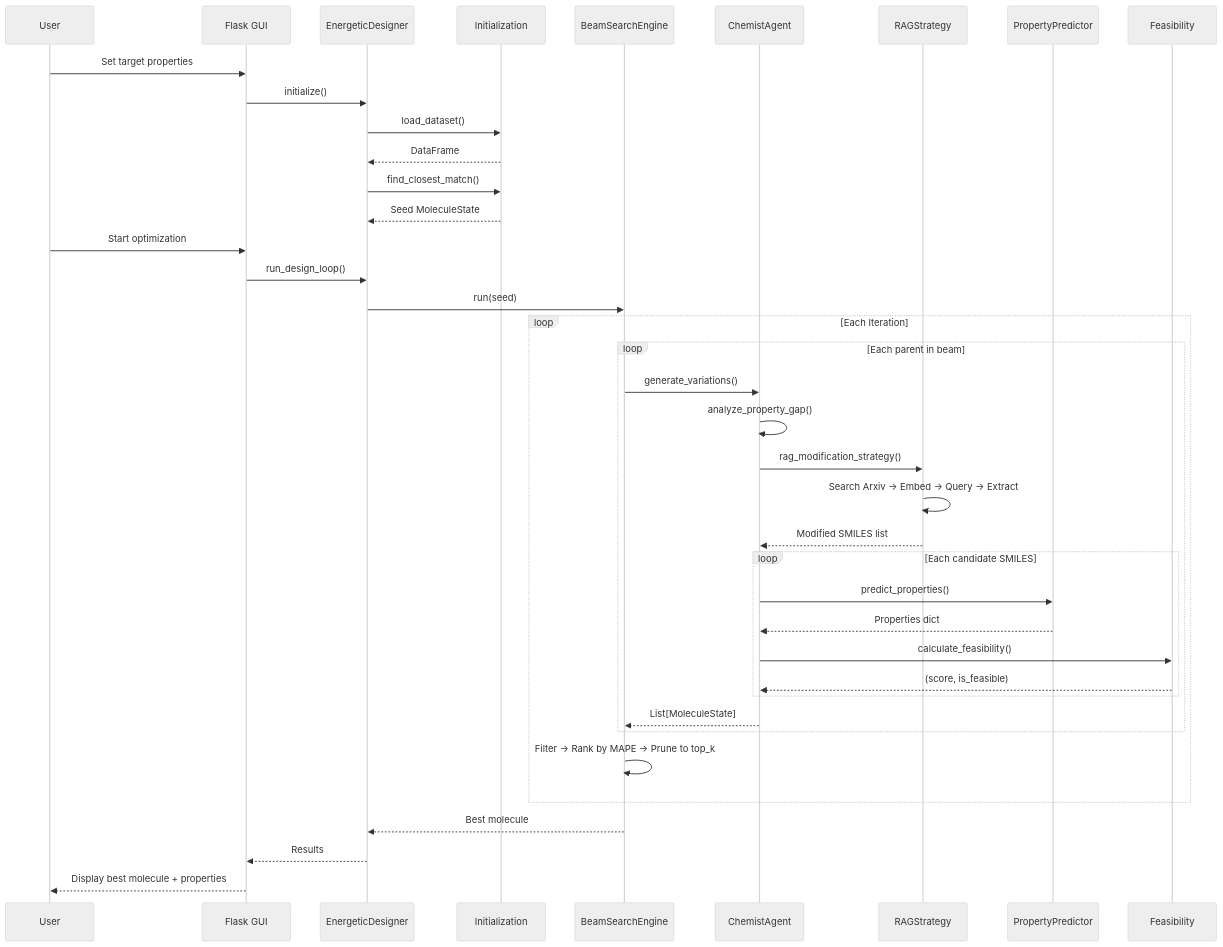
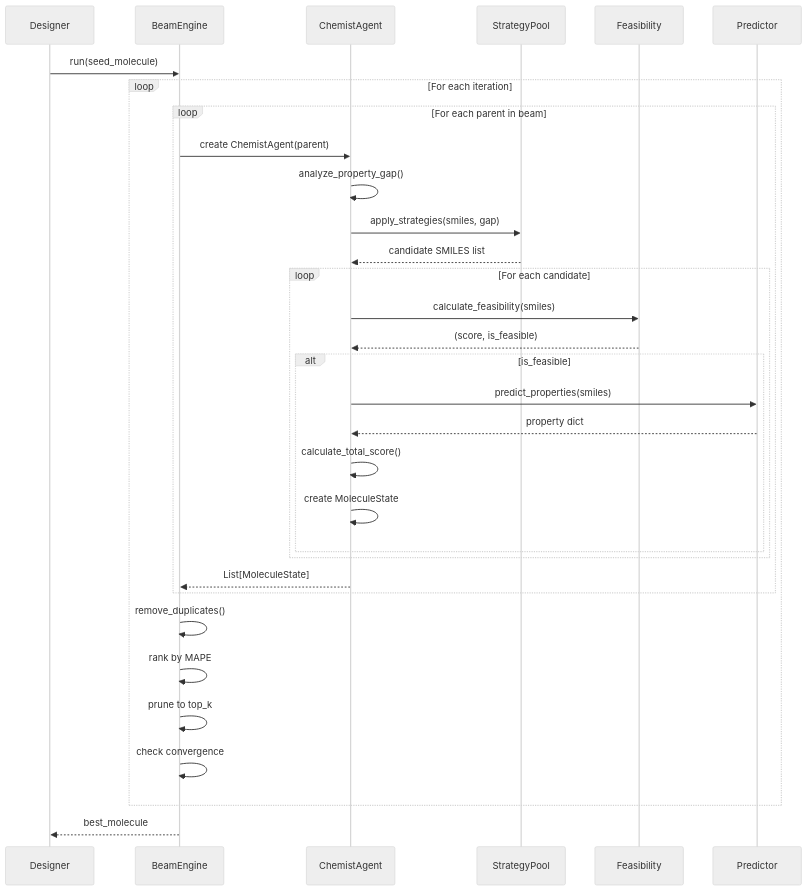
Before and after one commit to josefberman/EnergeticGraph: the seventh of 17 diagrams in docs/system_design.md, drawn with Mermaid (neutral theme). The commit also changed other lines of this file and 6 other files, not shown here.

````diff
--- a/docs/system_design.md
+++ b/docs/system_design.md
@@ -318,46 +278,42 @@
 ```mermaid
 sequenceDiagram
-    participant User
-    participant GUI as Flask GUI
-    participant Designer as EnergeticDesigner
-    participant Init as Initialization
-    participant Engine as BeamSearchEngine
-    participant Agent as ChemistAgent
-    participant RAG as RAGStrategy
-    participant Pred as PropertyPredictor
-    participant Feas as Feasibility
-
-    User->>GUI: Set target properties
-    GUI->>Designer: initialize()
-    Designer->>Init: load_dataset()
-    Init-->>Designer: DataFrame
-    Designer->>Init: find_closest_match()
-    Init-->>Designer: Seed MoleculeState
-
-    User->>GUI: Start optimization
-    GUI->>Designer: run_design_loop()
-    Designer->>Engine: run(seed)
-
-    loop Each Iteration
-        loop Each parent in beam
-            Engine->>Agent: generate_variations()
-            Agent->>Agent: analyze_property_gap()
-            Agent->>RAG: rag_modification_strategy()
-            RAG->>RAG: Search Arxiv → Embed → Query → Extract
-            RAG-->>Agent: Modified SMILES list
-
-            loop Each candidate SMILES
-                Agent->>Pred: predict_properties()
-                Pred-->>Agent: Properties dict
-                Agent->>Feas: calculate_feasibility()
-                Feas-->>Agent: (score, is_feasible)
+    participant D as Designer
+    participant B as BeamEngine
+    participant A as ChemistAgent
+    participant S as StrategyPool
+    participant F as Feasibility
+    participant P as Predictor
+    
+    D->>B: run(seed_molecule)
+    
+    loop For each iteration
+        loop For each parent in beam
+            B->>A: create ChemistAgent(parent)
+            A->>A: analyze_property_gap()
+            
+            A->>S: apply_strategies(smiles, gap)
+            S-->>A: candidate SMILES list
+            
+            loop For each candidate
+                A->>F: calculate_feasibility(smiles)
+                F-->>A: (score, is_feasible)
+                
+                alt is_feasible
+                    A->>P: predict_properties(smiles)
+                    P-->>A: property dict
+                    A->>A: calculate_total_score()
+                    A->>A: create MoleculeState
+                end
             end
-            Agent-->>Engine: List[MoleculeState]
+            
+            A-->>B: List[MoleculeState]
         end
-        Engine->>Engine: Filter → Rank by MAPE → Prune to top_k
+        
+        B->>B: remove_duplicates()
+        B->>B: rank by MAPE
+        B->>B: prune to top_k
+        B->>B: check convergence
     end
-
-    Engine-->>Designer: Best molecule
-    Designer-->>GUI: Results
-    GUI-->>User: Display best molecule + properties
+    
+    B-->>D: best_molecule
 ```
````
